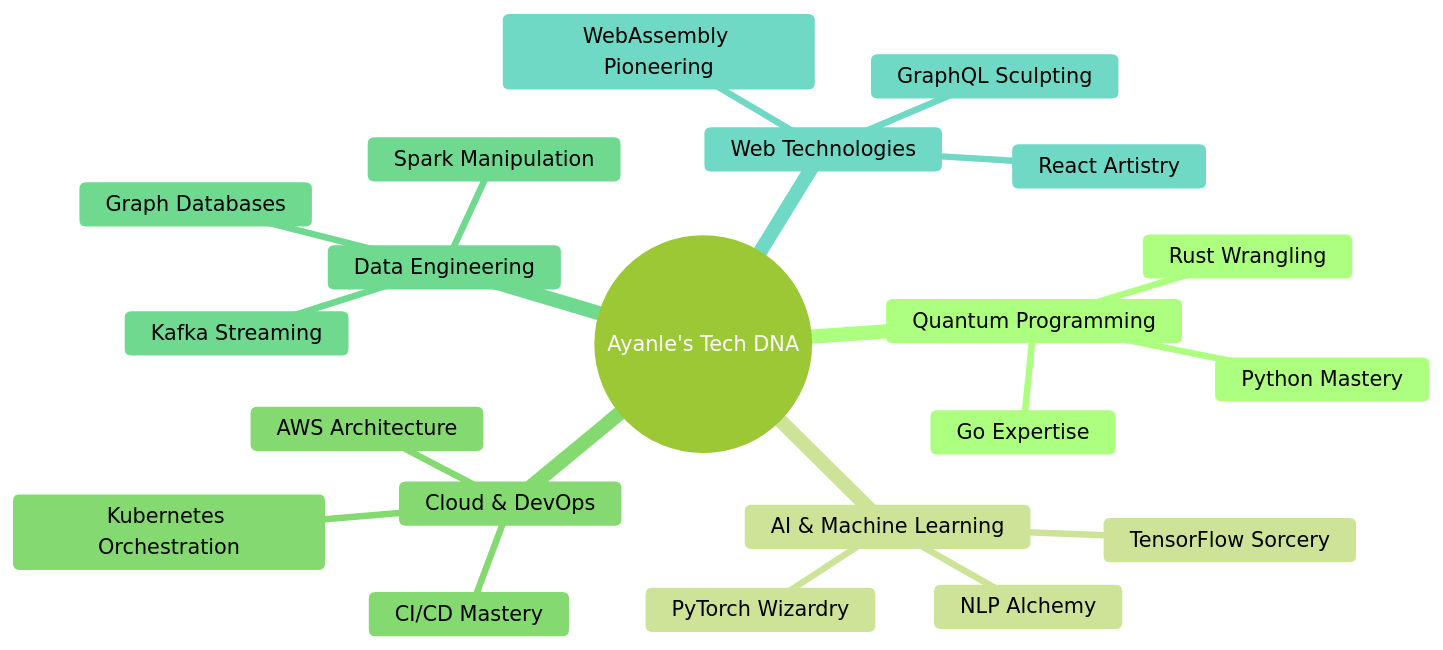
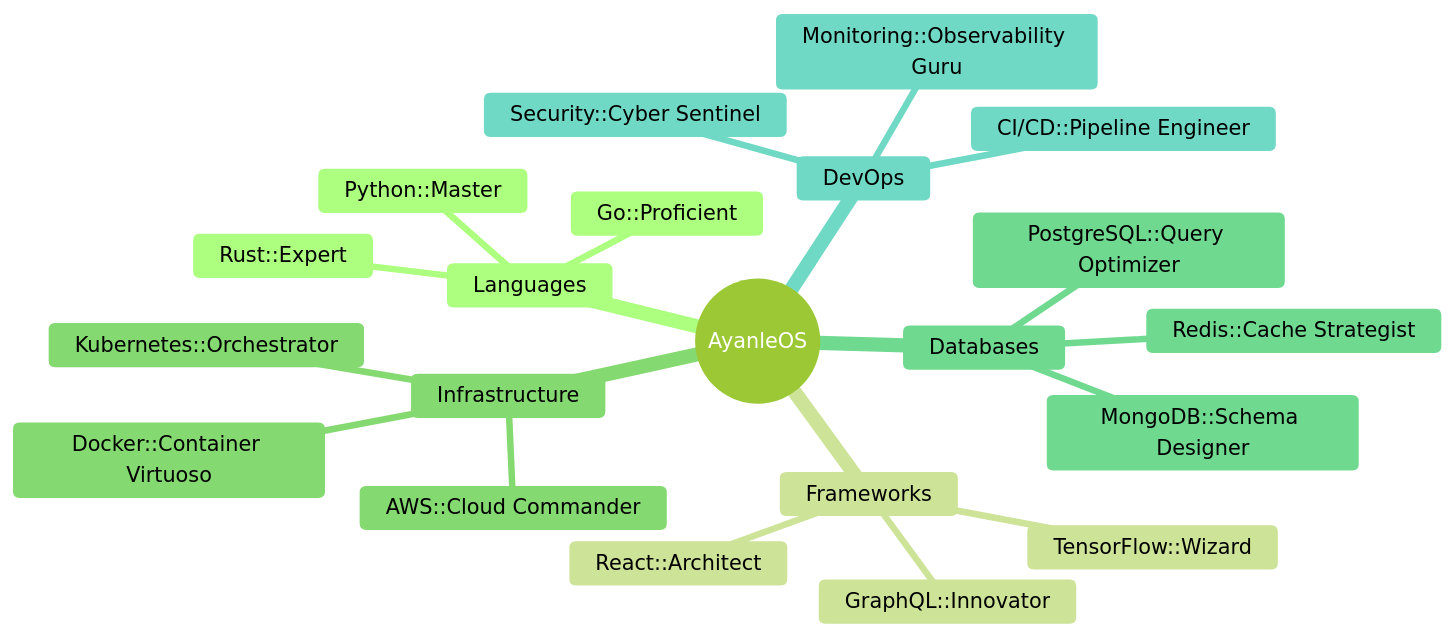
One commit to Ayanleaideed/Ayanleaideed changed the second of 2 diagrams in README.md. Above: the diagram before and after it, drawn with Mermaid (forest theme). The commit also changed other lines of this file, not shown here.

````diff
--- a/README.md
+++ b/README.md
@@ -62,24 +106,24 @@
 ```mermaid
 mindmap
-  root((Ayanle's Tech DNA))
-    Quantum Programming
-      Python Mastery
-      Rust Wrangling
-      Go Expertise
-    AI & Machine Learning
-      TensorFlow Sorcery
-      PyTorch Wizardry
-      NLP Alchemy
-    Cloud & DevOps
-      Kubernetes Orchestration
-      AWS Architecture
-      CI/CD Mastery
-    Data Engineering
-      Spark Manipulation
-      Kafka Streaming
-      Graph Databases
-    Web Technologies
-      React Artistry
-      GraphQL Sculpting
-      WebAssembly Pioneering
+  root((AyanleOS))
+    Languages
+      Python::Master
+      Rust::Expert
+      Go::Proficient
+    Frameworks
+      TensorFlow::Wizard
+      React::Architect
+      GraphQL::Innovator
+    Infrastructure
+      Kubernetes::Orchestrator
+      AWS::Cloud Commander
+      Docker::Container Virtuoso
+    Databases
+      PostgreSQL::Query Optimizer
+      MongoDB::Schema Designer
+      Redis::Cache Strategist
+    DevOps
+      CI/CD::Pipeline Engineer
+      Monitoring::Observability Guru
+      Security::Cyber Sentinel
 ```
````
